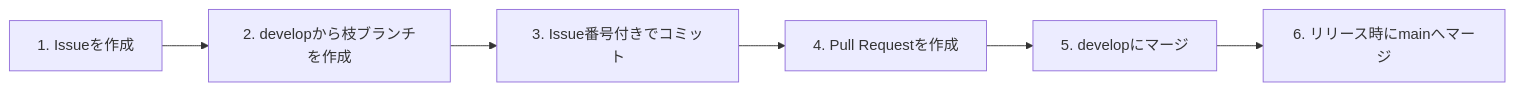
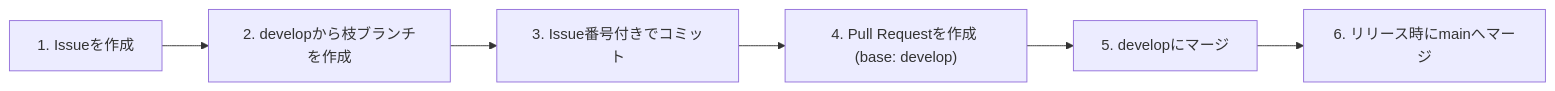
Before and after one commit to taketonnbo/Audio_Effector: the first of 2 diagrams in .agents/rules/branch_operation_rules.md, drawn with Mermaid. The commit also changed other lines of this file and 2 other files, not shown here.

````diff
--- a/.agents/rules/branch_operation_rules.md
+++ b/.agents/rules/branch_operation_rules.md
@@ -15,8 +19,8 @@
 ```mermaid
 graph LR
     A["1. Issueを作成"] --> B["2. developから枝ブランチを作成"]
     B --> C["3. Issue番号付きでコミット"]
-    C --> D["4. Pull Requestを作成"]
+    C --> D["4. Pull Requestを作成 (base: develop)"]
     D --> E["5. developにマージ"]
     E --> F["6. リリース時にmainへマージ"]
 ```
````
